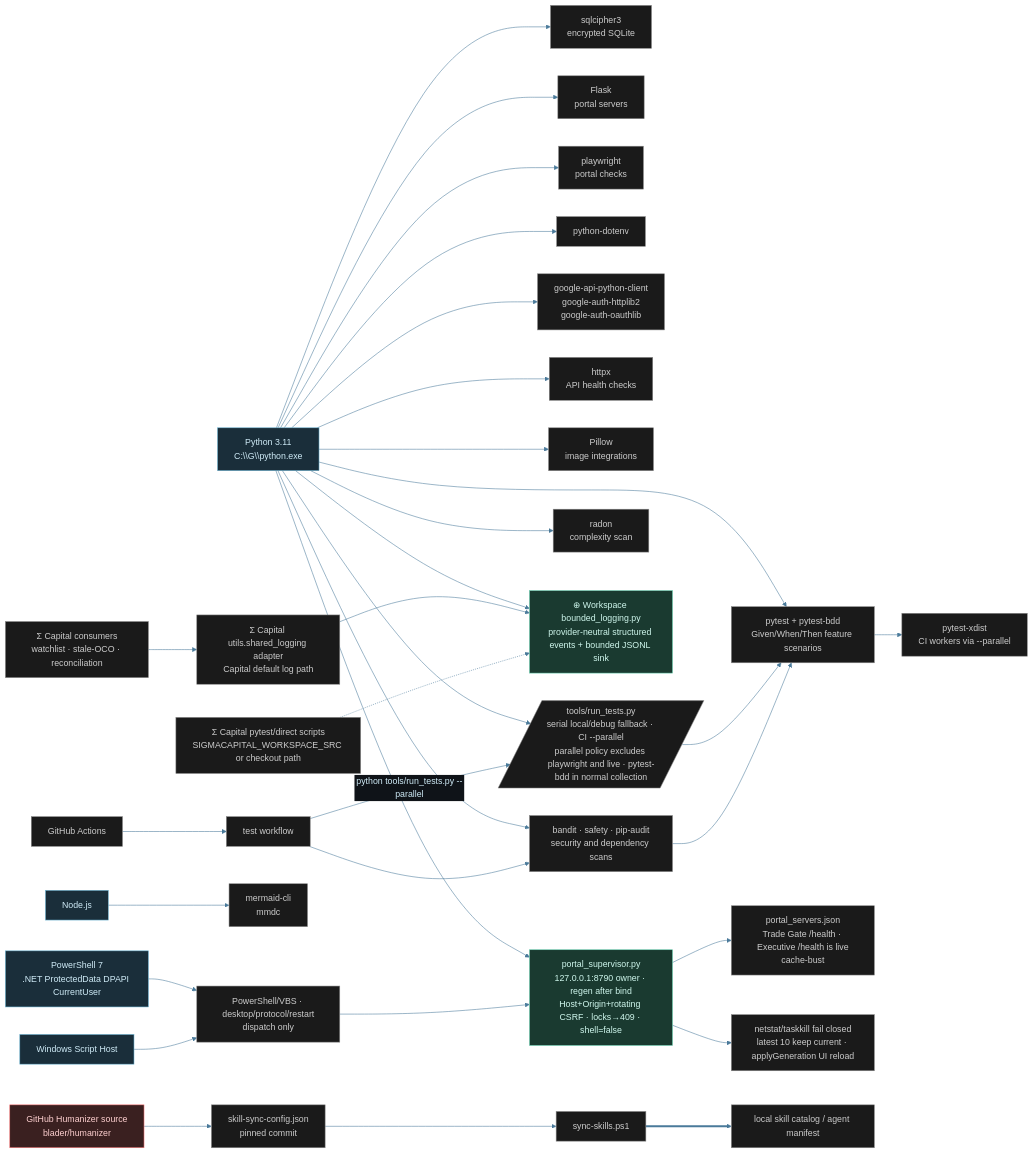
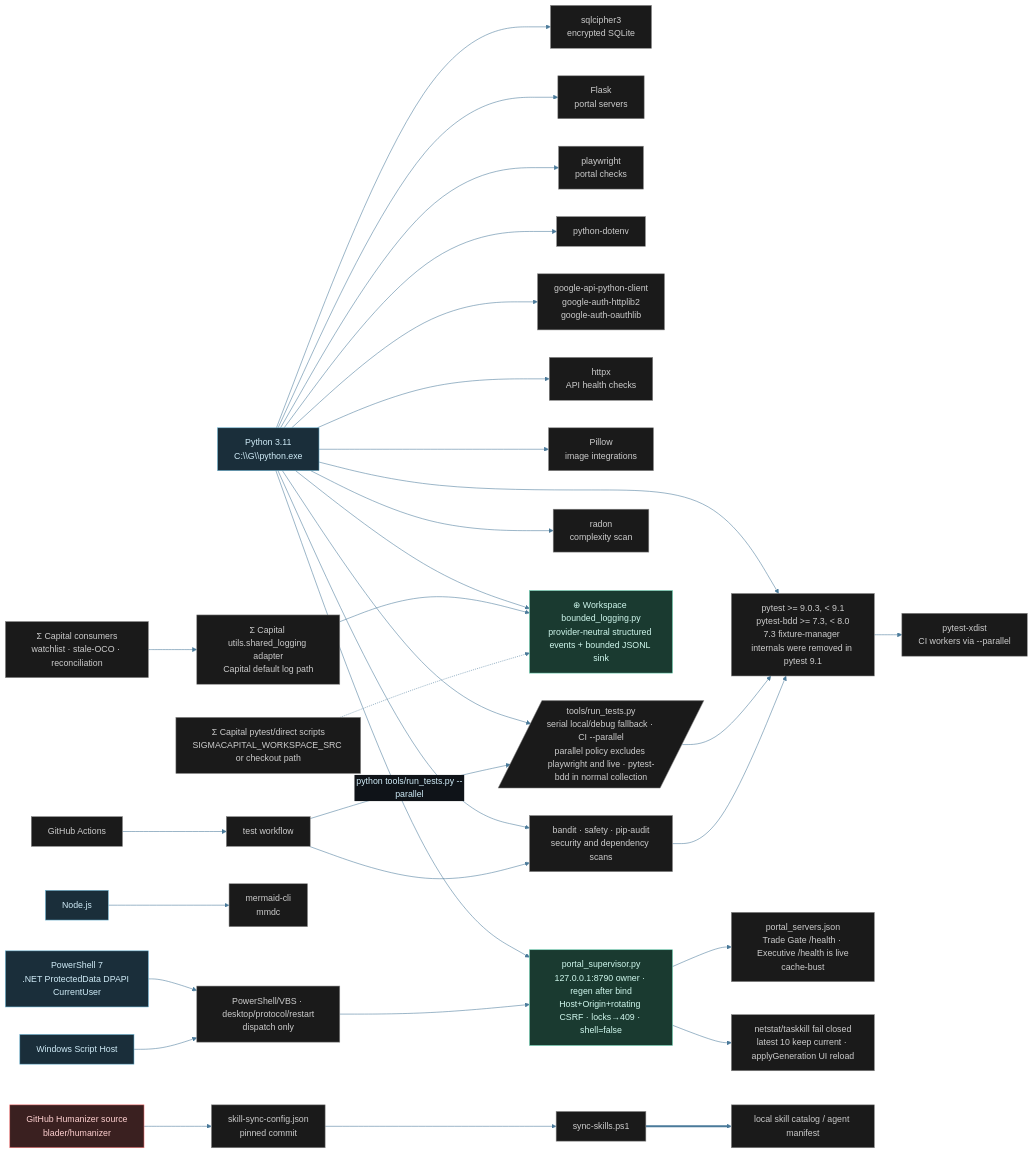
Before and after one commit to tylerdrakemusic/-Workspace: the diagram in diagrams/workspace-tech-stack.mmd, drawn with Mermaid. The commit also changed 3 other files, not shown here.

Commit message:
⊕ workspace: document BFX-20261026 hook diagrams

```diff
--- a/diagrams/workspace-tech-stack.mmd
+++ b/diagrams/workspace-tech-stack.mmd
@@ -1,50 +1,50 @@
 %%{init: {'theme': 'base', 'themeVariables': {'primaryColor': '#1a2e3a', 'primaryTextColor': '#d0ecf8', 'edgeLabelBackground': '#0f1318', 'lineColor': '#4a7a9a'}}}%%
 graph LR
     Python[Python 3.11<br/>C:\\G\\python.exe] --> SQLCipher[sqlcipher3<br/>encrypted SQLite]
-    Python --> Pytest[pytest + pytest-bdd<br/>Given/When/Then feature scenarios]
+    Python --> Pytest[pytest &gt;= 9.0.3, &lt; 9.1<br/>pytest-bdd &gt;= 7.3, &lt; 8.0<br/>7.3 fixture-manager internals were removed in pytest 9.1]
     Python --> Flask[Flask<br/>portal servers]
     Python --> Playwright[playwright<br/>portal checks]
     Python --> Dotenv[python-dotenv]
     Python --> GoogleAPI[google-api-python-client<br/>google-auth-httplib2<br/>google-auth-oauthlib]
     Python --> Httpx[httpx<br/>API health checks]
     Python --> Pillow[Pillow<br/>image integrations]
     Python --> SecurityTools[bandit · safety · pip-audit<br/>security and dependency scans]
     Python --> Radon[radon<br/>complexity scan]
     Python --> BoundedLogging[⊕ Workspace bounded_logging.py<br/>provider-neutral structured events + bounded JSONL sink]
     Python --> Supervisor[portal_supervisor.py<br/>127.0.0.1:8790 owner · regen after bind<br/>Host+Origin+rotating CSRF · locks→409 · shell=false]
     Supervisor --> ServiceConfig[portal_servers.json<br/>Trade Gate /health · Executive /health is live<br/>cache-bust]
     Supervisor --> WindowsProcess[netstat/taskkill fail closed<br/>latest 10 keep current · applyGeneration UI reload]
     ThinShims[PowerShell/VBS · desktop/protocol/restart<br/>dispatch only] --> Supervisor
     PowerShell[PowerShell 7<br/>.NET ProtectedData DPAPI CurrentUser] --> ThinShims
     WindowsScript[Windows Script Host] --> ThinShims
     CapitalLoggingConsumers[Σ Capital consumers<br/>watchlist · stale-OCO · reconciliation] --> CapitalLoggingAdapter[Σ Capital utils.shared_logging adapter<br/>Capital default log path]
     CapitalLoggingAdapter --> BoundedLogging
     CapitalLoggingBootstrap[Σ Capital pytest/direct scripts<br/>SIGMACAPITAL_WORKSPACE_SRC or checkout path] -.-> BoundedLogging
     Python --> TestRunner[/tools/run_tests.py<br/>serial local/debug fallback · CI --parallel<br/>parallel policy excludes playwright and live · pytest-bdd in normal collection/]
     TestRunner --> Pytest
     Pytest --> Xdist[pytest-xdist<br/>CI workers via --parallel]
     Node[Node.js] --> Mmdc[mermaid-cli<br/>mmdc]
     GitHub[GitHub Actions] --> CI_Tests[test workflow]
     CI_Tests --> SecurityTools --> Pytest
     CI_Tests -->|"python tools/run_tests.py --parallel"| TestRunner
     HumanizerSource[GitHub Humanizer source<br/>blader/humanizer] --> SkillSyncConfig[skill-sync-config.json<br/>pinned commit]
     SkillSyncConfig --> SkillSyncScript[sync-skills.ps1]
     SkillSyncScript ==> LocalSkillCatalog[local skill catalog / agent manifest]
     class Python,Node,PowerShell,WindowsScript lang
     class Supervisor,BoundedLogging ws
     class CapitalLoggingAdapter,CapitalLoggingConsumers,CapitalLoggingBootstrap tool
     class SQLCipher,Pytest,TestRunner,Xdist,Flask,Playwright,Dotenv,Mmdc,ThinShims,ServiceConfig,WindowsProcess,GitHub,CI_Tests,GoogleAPI,Httpx,Pillow,SecurityTools,Radon,SkillSyncConfig,SkillSyncScript,LocalSkillCatalog tool
     class HumanizerSource ext
 
 classDef life     fill:#1a2e3a,stroke:#6ab4d4,color:#d0ecf8
 classDef music    fill:#3a1a24,stroke:#d47a8f,color:#f8d0dc
 classDef quantum  fill:#251a3a,stroke:#a07adf,color:#e8d0f8
 classDef manifest fill:#3a2e1a,stroke:#d4a96a,color:#f8ead0
 classDef ws       fill:#1a3a30,stroke:#6ad4b4,color:#d0f8ee
 classDef tyler    fill:#2a1a3a,stroke:#9e4aff,color:#fff
 classDef orch     fill:#1a3a52,stroke:#4a9eff,color:#fff
 classDef ext      fill:#3a2020,stroke:#ff7a7a,color:#ffd0d0
 classDef db       fill:#3a3010,stroke:#d4c050,color:#f8f0c0
 classDef state    fill:#1a1a1a,stroke:#888888,color:#cccccc
 classDef lang     fill:#1a2e3a,stroke:#6ab4d4,color:#d0ecf8
 classDef tool     fill:#1a1a1a,stroke:#888888,color:#cccccc
```
